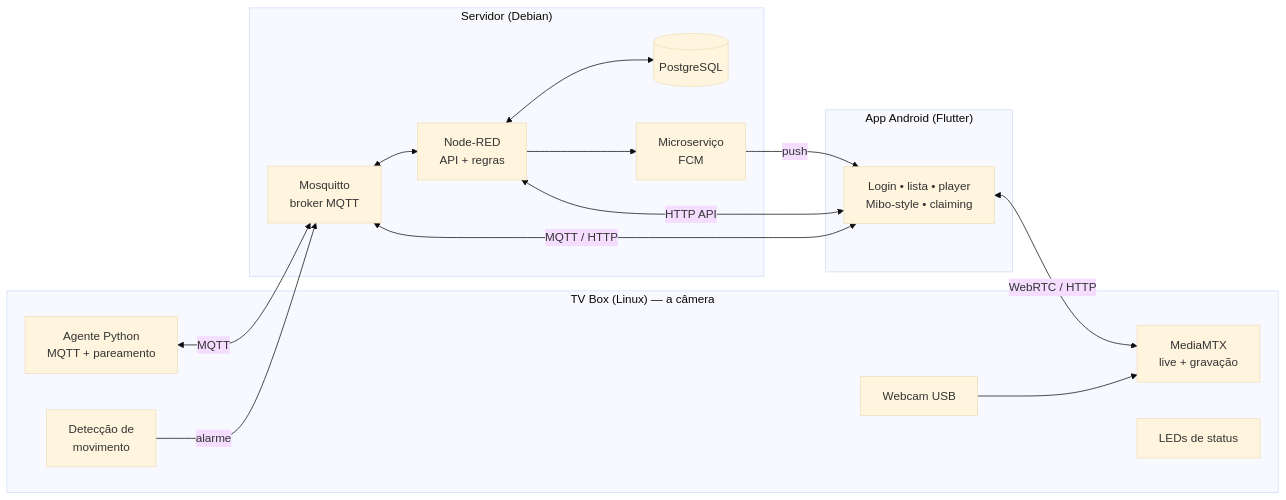
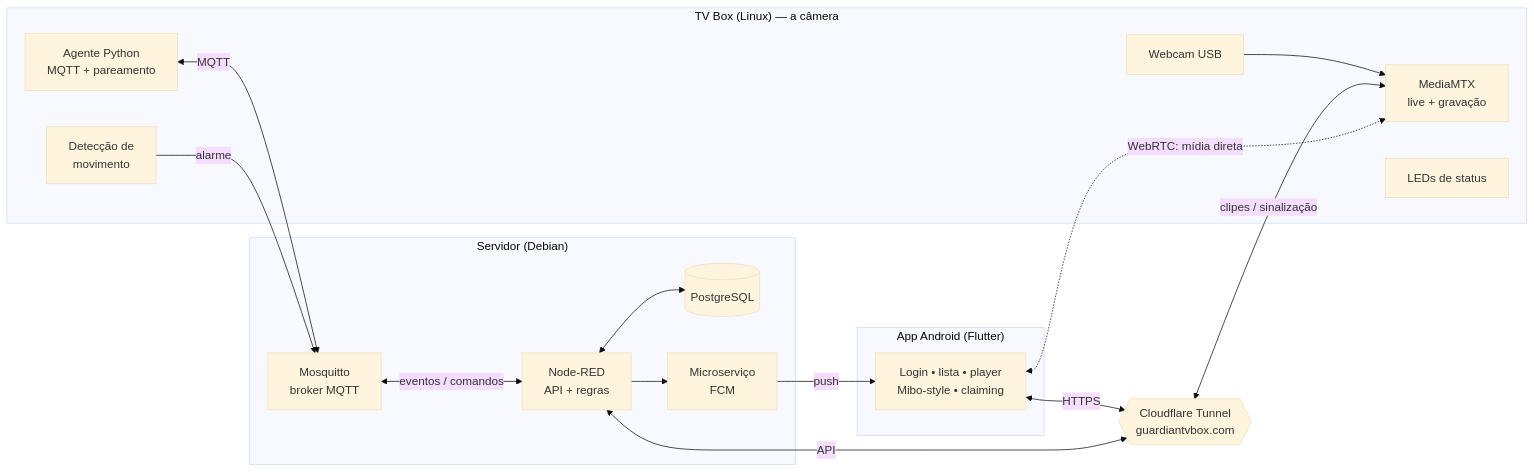
One commit to gasiepgodoy/Hackathon-TV-Box-E10 changed the diagram in Projeto Equipe 7/readme.md. Above: the diagram before and after it, drawn with Mermaid (base theme). The commit also changed other lines of this file, not shown here.

````diff
--- a/Projeto Equipe 7/readme.md
+++ b/Projeto Equipe 7/readme.md
@@ -21,30 +21,33 @@
 ```mermaid
 flowchart LR
     subgraph Borda["TV Box (Linux) — a câmera"]
         CAM[Webcam USB] --> MTX[MediaMTX<br/>live + gravação]
         AGT[Agente Python<br/>MQTT + pareamento]
         MOT[Detecção de<br/>movimento]
         LED[LEDs de status]
     end
 
     subgraph Servidor["Servidor (Debian)"]
         BRK[Mosquitto<br/>broker MQTT]
         DB[(PostgreSQL)]
         NR[Node-RED<br/>API + regras]
         PUSH[Microserviço<br/>FCM]
     end
 
     subgraph App["App Android (Flutter)"]
         UI[Login • lista • player<br/>Mibo-style • claiming]
     end
 
+    CFT{{Cloudflare Tunnel<br/>guardiantvbox.com}}
+
     AGT <-->|MQTT| BRK
     MOT -->|alarme| BRK
-    BRK <--> NR
+    BRK <-->|eventos / comandos| NR
     NR <--> DB
     NR --> PUSH
-    UI <-->|MQTT / HTTP| BRK
-    UI <-->|HTTP API| NR
-    UI <-->|WebRTC / HTTP| MTX
+    UI <-->|HTTPS| CFT
+    CFT <-->|API| NR
+    CFT <-->|clipes / sinalização| MTX
+    UI <-.->|WebRTC: mídia direta| MTX
     PUSH -->|push| UI
 ```
````
